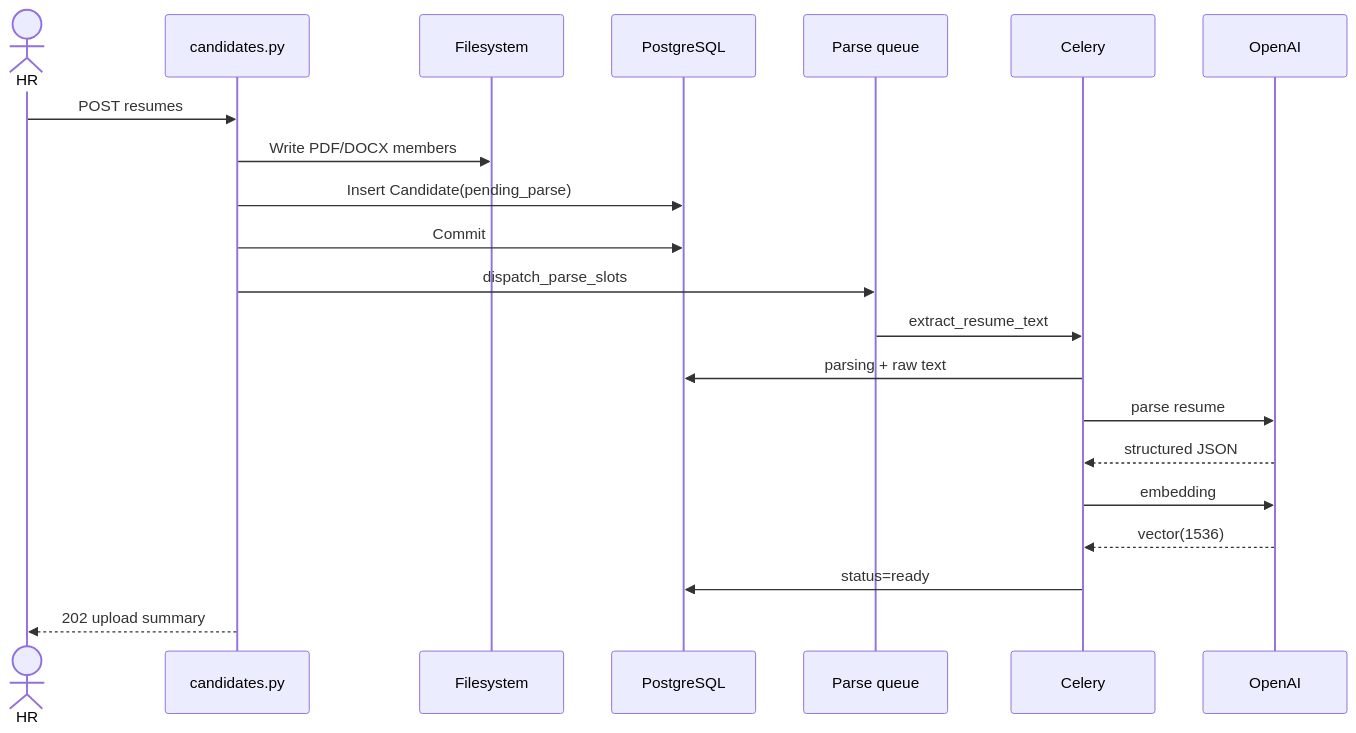
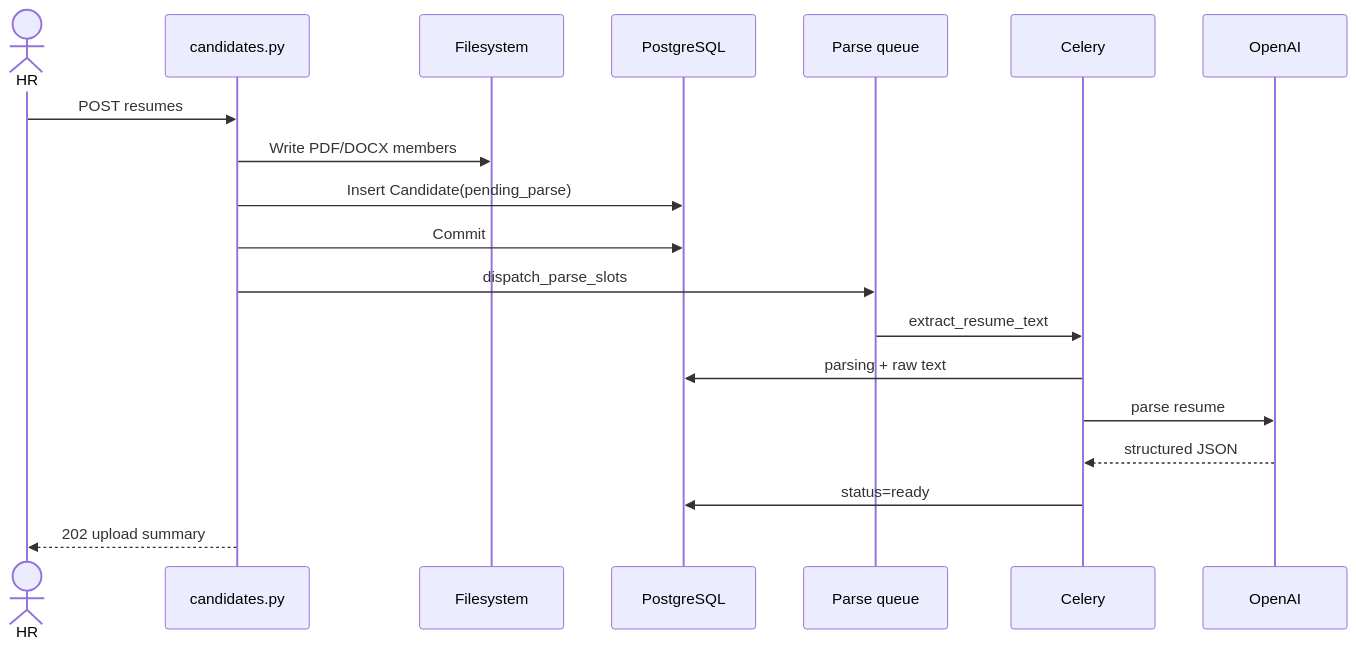
The first of 4 diagrams in backend/app/ARCHITECTURE.md (M-Dayyan-Kernel/recruithub), drawn with Mermaid before and after one commit. The commit also changed other lines of this file and 17 other files, not shown here.

````diff
--- a/backend/app/ARCHITECTURE.md
+++ b/backend/app/ARCHITECTURE.md
@@ -1555,23 +1536,21 @@
 ```mermaid
 sequenceDiagram
   actor HR
   participant API as candidates.py
   participant FS as Filesystem
   participant DB as PostgreSQL
   participant Q as Parse queue
   participant C as Celery
   participant AI as OpenAI
   HR->>API: POST resumes
   API->>FS: Write PDF/DOCX members
   API->>DB: Insert Candidate(pending_parse)
   API->>DB: Commit
   API->>Q: dispatch_parse_slots
   Q->>C: extract_resume_text
   C->>DB: parsing + raw text
   C->>AI: parse resume
   AI-->>C: structured JSON
-  C->>AI: embedding
-  AI-->>C: vector(1536)
   C->>DB: status=ready
   API-->>HR: 202 upload summary
 ```
````
